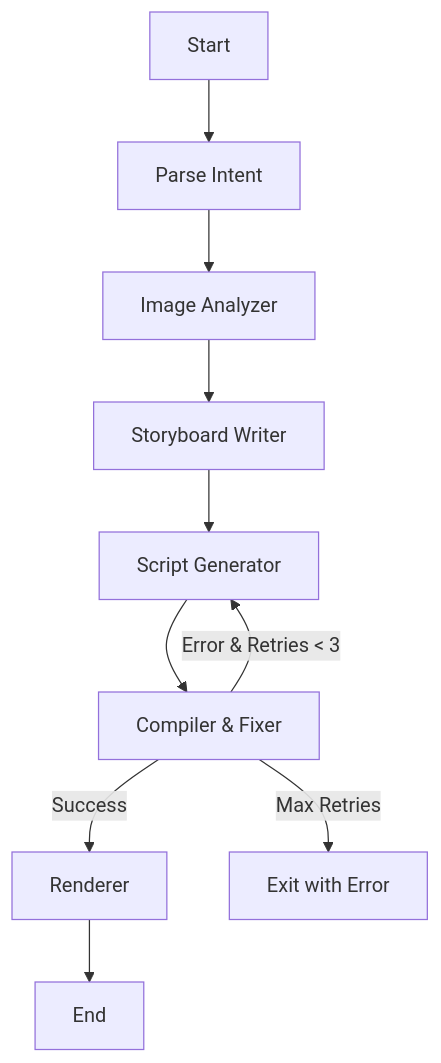
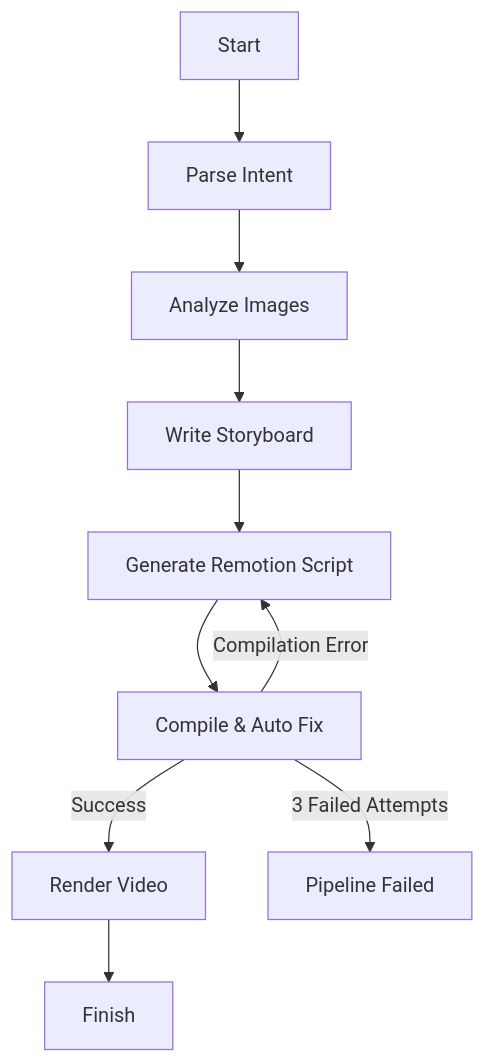
One commit to Tech-wizard18/fotoowl-ai-pipeline changed the diagram in README.md. Above: the diagram before and after it, drawn with Mermaid. The commit also changed other lines of this file, not shown here.

````diff
--- a/README.md
+++ b/README.md
@@ -11,12 +26,12 @@
 ```mermaid
 graph TD
     A[Start] --> B[Parse Intent]
-    B --> C[Image Analyzer]
-    C --> D[Storyboard Writer]
-    D --> E[Script Generator]
-    E --> F[Compiler & Fixer]
-    F -->|Success| G[Renderer]
-    F -->|Error & Retries < 3| E
-    F -->|Max Retries| H[Exit with Error]
-    G --> I[End]
+    B --> C[Analyze Images]
+    C --> D[Write Storyboard]
+    D --> E[Generate Remotion Script]
+    E --> F[Compile & Auto Fix]
+    F -->|Success| G[Render Video]
+    F -->|Compilation Error| E
+    F -->|3 Failed Attempts| H[Pipeline Failed]
+    G --> I[Finish]
 ```
````
